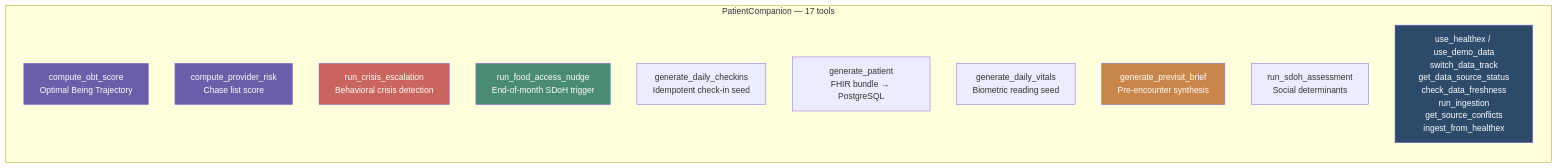
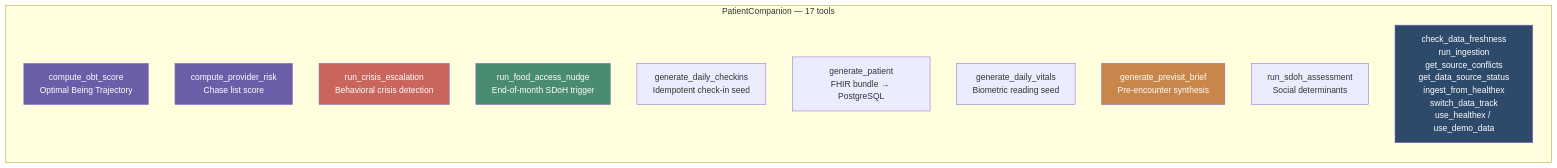
The fourth of 8 diagrams in README.md (aliomraniH/ambient-patient-companion), drawn with Mermaid before and after one commit. The commit also changed other lines of this file and 1 other file, not shown here.

````diff
--- a/README.md
+++ b/README.md
@@ -206,22 +216,22 @@
 ```mermaid
 graph LR
     subgraph "PatientCompanion — 17 tools"
         A["compute_obt_score<br/>Optimal Being Trajectory"]
         B["compute_provider_risk<br/>Chase list score"]
         C["run_crisis_escalation<br/>Behavioral crisis detection"]
         D["run_food_access_nudge<br/>End-of-month SDoH trigger"]
         E["generate_daily_checkins<br/>Idempotent check-in seed"]
         F["generate_patient<br/>FHIR bundle → PostgreSQL"]
         G["generate_daily_vitals<br/>Biometric reading seed"]
         H["generate_previsit_brief<br/>Pre-encounter synthesis"]
         I["run_sdoh_assessment<br/>Social determinants"]
-        J["use_healthex / use_demo_data<br/>switch_data_track<br/>get_data_source_status<br/>check_data_freshness<br/>run_ingestion<br/>get_source_conflicts<br/>ingest_from_healthex"]
+        J["check_data_freshness<br/>run_ingestion<br/>get_source_conflicts<br/>get_data_source_status<br/>ingest_from_healthex<br/>switch_data_track<br/>use_healthex / use_demo_data"]
     end
 
     style A fill:#6B5EA8,color:#fff
     style B fill:#6B5EA8,color:#fff
     style C fill:#c9655c,color:#fff
     style D fill:#4A8C72,color:#fff
     style H fill:#C9864A,color:#fff
     style J fill:#2d4a6b,color:#fff
 ```
````
